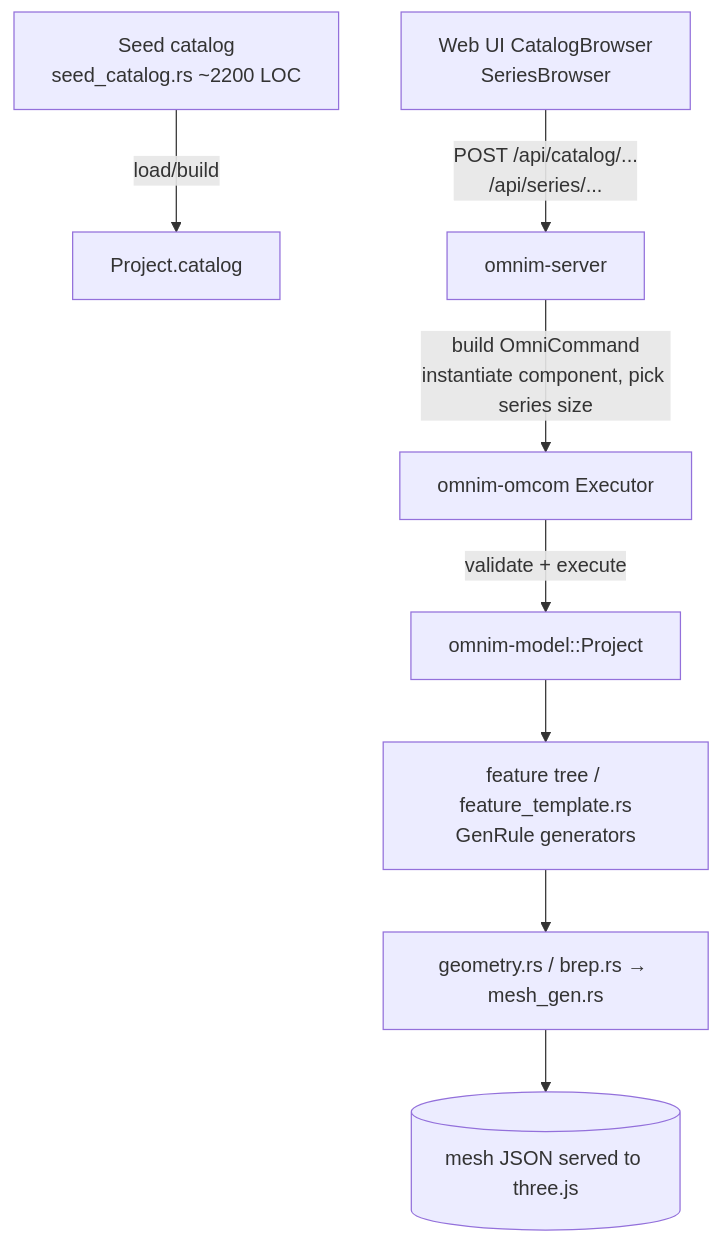
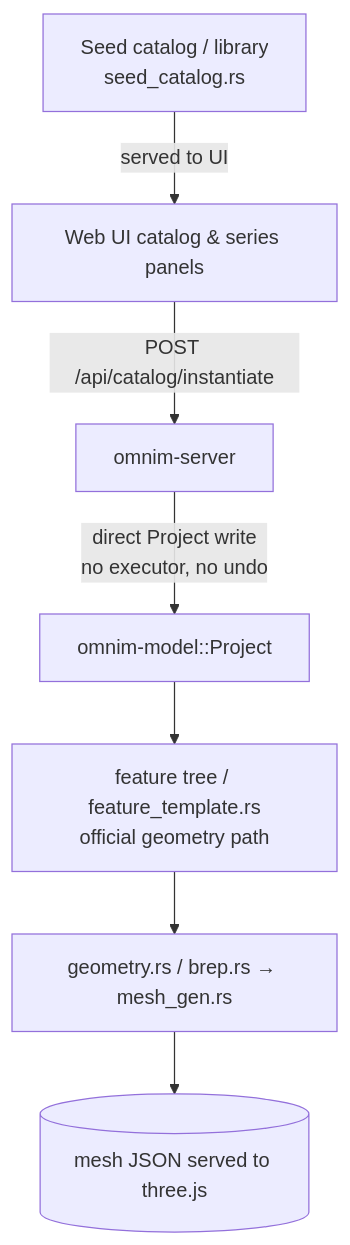
The fourth of 5 diagrams in docs/architecture/DATA_FLOW.md (ronekyng/OmniM), drawn with Mermaid before and after one commit. The commit also changed other lines of this file and 74 other files, not shown here.

````diff
--- a/docs/architecture/DATA_FLOW.md
+++ b/docs/architecture/DATA_FLOW.md
@@ -170,10 +188,9 @@
 ```mermaid
 flowchart TD
-    A[Seed catalog<br/>seed_catalog.rs ~2200 LOC] -->|load/build| B[Project.catalog]
-    U[Web UI CatalogBrowser<br/>SeriesBrowser] -->|POST /api/catalog/...<br/>/api/series/...| S[omnim-server]
-    S -->|build OmniCommand<br/>instantiate component, pick series size| O[omnim-omcom Executor]
-    O -->|validate + execute| M[omnim-model::Project]
-    M --> F[feature tree / feature_template.rs<br/>GenRule generators]
+    A[Seed catalog / library<br/>seed_catalog.rs] -->|served to UI| U[Web UI catalog & series panels]
+    U -->|POST /api/catalog/instantiate| S[omnim-server]
+    S -->|direct Project write<br/>no executor, no undo| M[omnim-model::Project]
+    M --> F[feature tree / feature_template.rs<br/>official geometry path]
     F --> G[geometry.rs / brep.rs → mesh_gen.rs]
     G --> J[(mesh JSON served to three.js)]
 ```
````
